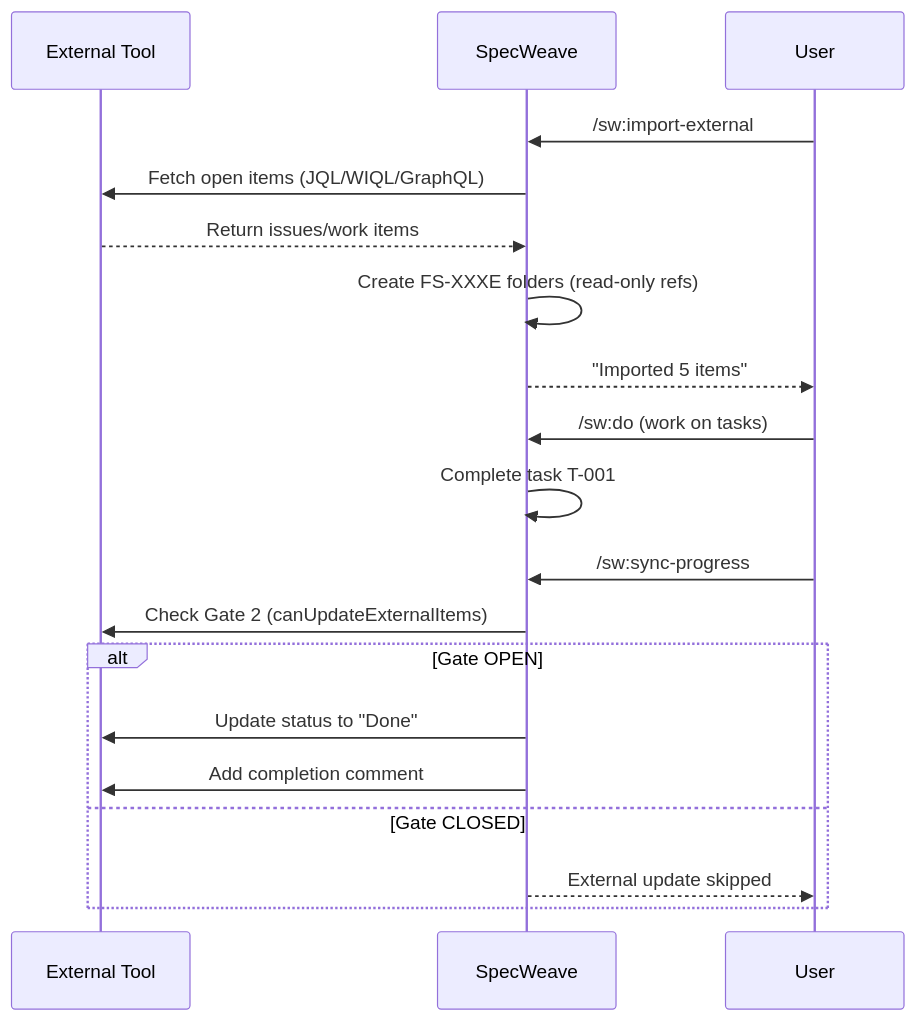
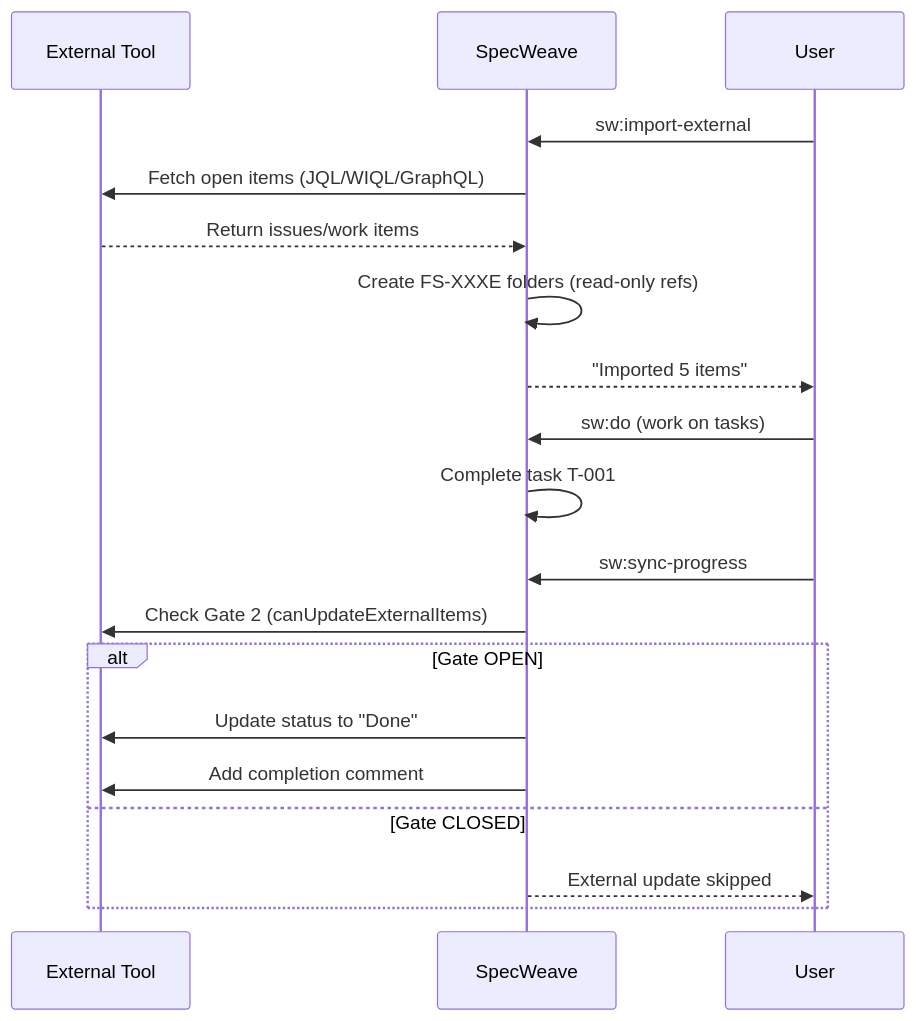
One commit to anton-abyzov/specweave changed the third of 3 diagrams in docs-site/docs/guides/integrations/external-tools-overview.md. Above: the diagram before and after it, drawn with Mermaid. The commit also changed other lines of this file and 328 other files, not shown here.

````diff
--- a/docs-site/docs/guides/integrations/external-tools-overview.md
+++ b/docs-site/docs/guides/integrations/external-tools-overview.md
@@ -306,24 +306,24 @@
 ```mermaid
 sequenceDiagram
     participant External as External Tool
     participant SpecWeave
     participant User
 
-    User->>SpecWeave: /sw:import-external
+    User->>SpecWeave: sw:import-external
     SpecWeave->>External: Fetch open items (JQL/WIQL/GraphQL)
     External-->>SpecWeave: Return issues/work items
     SpecWeave->>SpecWeave: Create FS-XXXE folders (read-only refs)
     SpecWeave-->>User: "Imported 5 items"
 
-    User->>SpecWeave: /sw:do (work on tasks)
+    User->>SpecWeave: sw:do (work on tasks)
     SpecWeave->>SpecWeave: Complete task T-001
 
-    User->>SpecWeave: /sw:sync-progress
+    User->>SpecWeave: sw:sync-progress
     SpecWeave->>External: Check Gate 2 (canUpdateExternalItems)
     alt Gate OPEN
         SpecWeave->>External: Update status to "Done"
         SpecWeave->>External: Add completion comment
     else Gate CLOSED
         SpecWeave-->>User: External update skipped
     end
 ```
````
